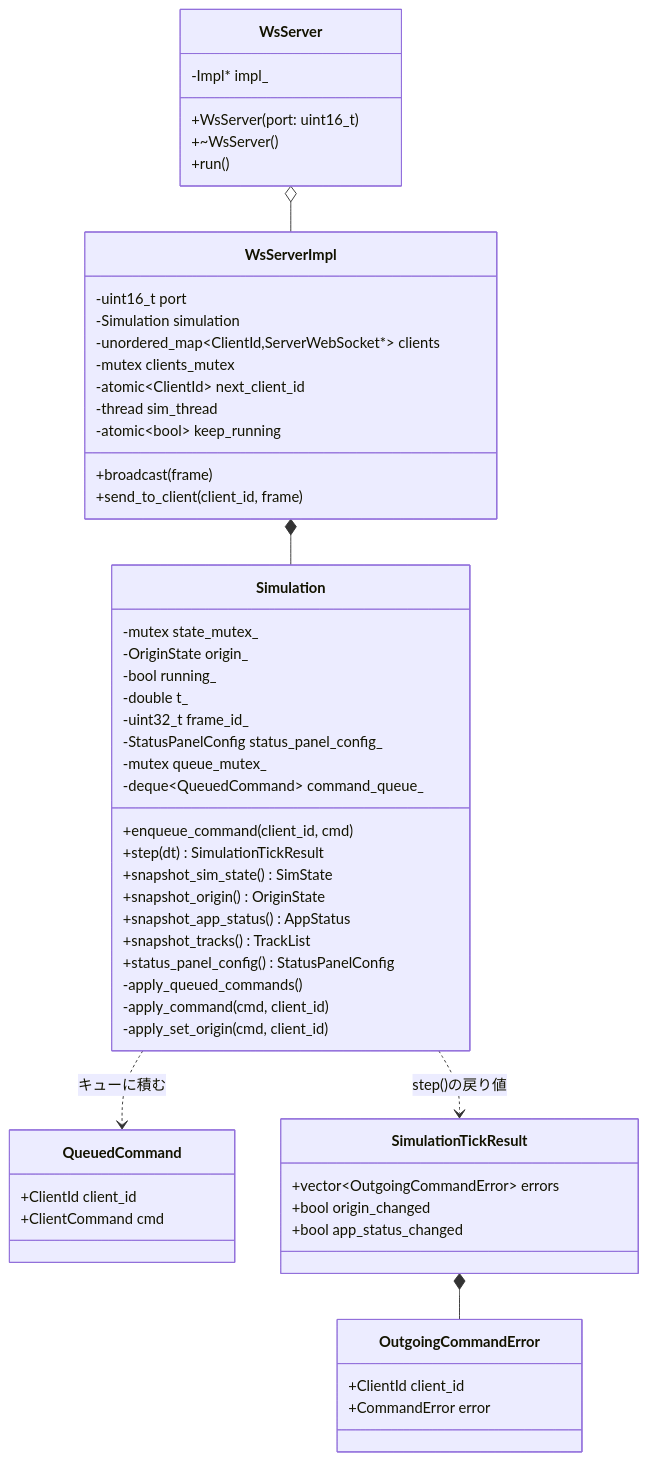
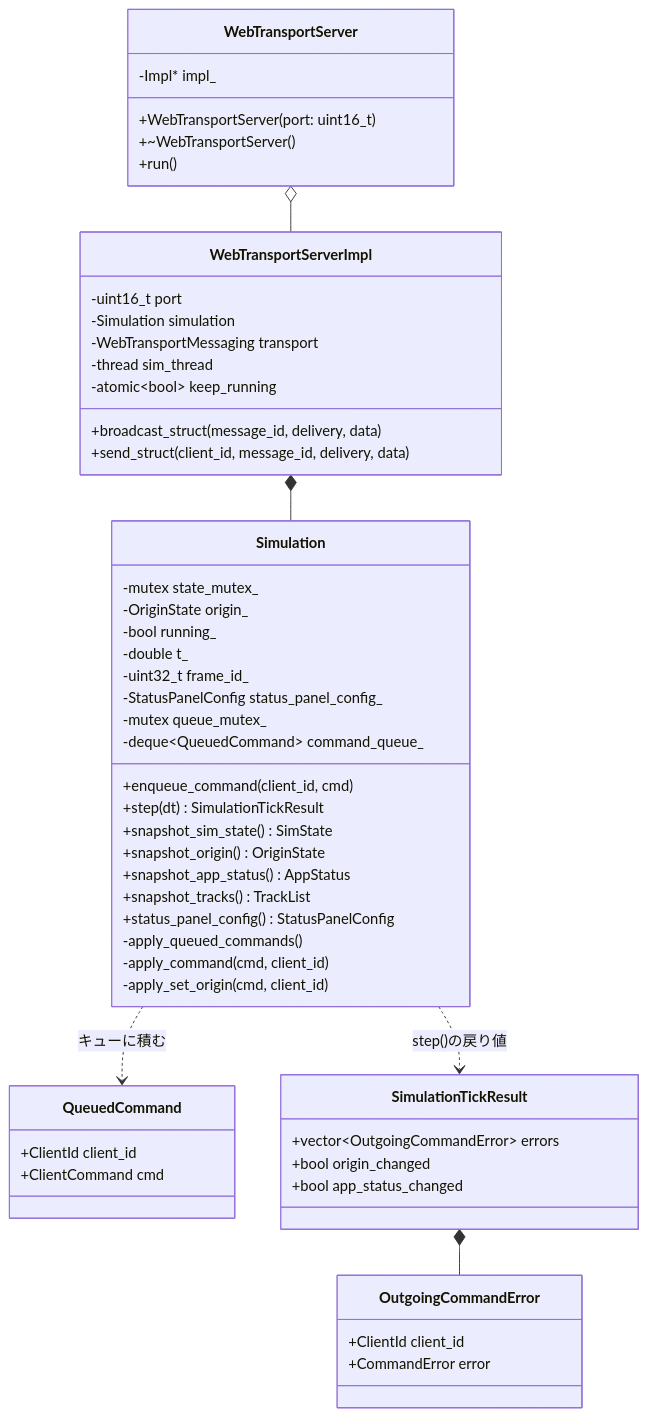
Before and after one commit to ham1a6/SimulationView: the seventh of 11 diagrams in sample/docs/DETAILED_DESIGN.md, drawn with Mermaid. The commit also changed other lines of this file and 25 other files, not shown here.

````diff
--- a/sample/docs/DETAILED_DESIGN.md
+++ b/sample/docs/DETAILED_DESIGN.md
@@ -369,59 +363,57 @@
 ```mermaid
 classDiagram
-    class WsServer {
+    class WebTransportServer {
         -Impl* impl_
-        +WsServer(port: uint16_t)
-        +~WsServer()
+        +WebTransportServer(port: uint16_t)
+        +~WebTransportServer()
         +run()
     }
-    class WsServerImpl {
+    class WebTransportServerImpl {
         -uint16_t port
         -Simulation simulation
-        -unordered_map~ClientId,ServerWebSocket*~ clients
-        -mutex clients_mutex
-        -atomic~ClientId~ next_client_id
+        -WebTransportMessaging transport
         -thread sim_thread
         -atomic~bool~ keep_running
-        +broadcast(frame)
-        +send_to_client(client_id, frame)
+        +broadcast_struct(message_id, delivery, data)
+        +send_struct(client_id, message_id, delivery, data)
     }
     class Simulation {
         -mutex state_mutex_
         -OriginState origin_
         -bool running_
         -double t_
         -uint32_t frame_id_
         -StatusPanelConfig status_panel_config_
         -mutex queue_mutex_
         -deque~QueuedCommand~ command_queue_
         +enqueue_command(client_id, cmd)
         +step(dt) SimulationTickResult
         +snapshot_sim_state() SimState
         +snapshot_origin() OriginState
         +snapshot_app_status() AppStatus
         +snapshot_tracks() TrackList
         +status_panel_config() StatusPanelConfig
         -apply_queued_commands()
         -apply_command(cmd, client_id)
         -apply_set_origin(cmd, client_id)
     }
     class QueuedCommand {
         +ClientId client_id
         +ClientCommand cmd
     }
     class SimulationTickResult {
         +vector~OutgoingCommandError~ errors
         +bool origin_changed
         +bool app_status_changed
     }
     class OutgoingCommandError {
         +ClientId client_id
         +CommandError error
     }
 
-    WsServer o-- WsServerImpl
-    WsServerImpl *-- Simulation
+    WebTransportServer o-- WebTransportServerImpl
+    WebTransportServerImpl *-- Simulation
     Simulation ..> QueuedCommand : キューに積む
     Simulation ..> SimulationTickResult : step()の戻り値
     SimulationTickResult *-- OutgoingCommandError
 ```
````
